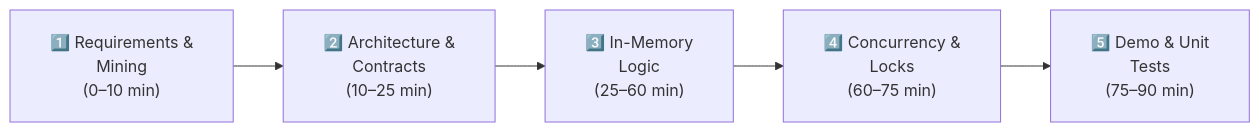
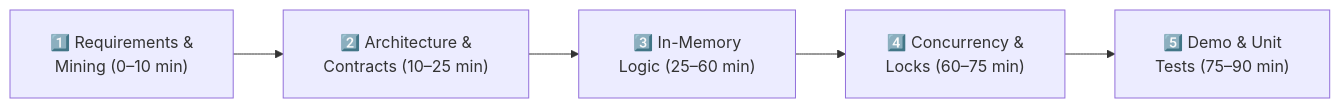
One commit to dip4k/DSA_102 changed the first of 3 diagrams in LLD/00_Core_Concepts/10_Interview_Quick_Reference_and_Checklists.md. Above: the diagram before and after it, drawn with Mermaid. The commit also changed other lines of this file and 50 other files, not shown here.

````diff
--- a/LLD/00_Core_Concepts/10_Interview_Quick_Reference_and_Checklists.md
+++ b/LLD/00_Core_Concepts/10_Interview_Quick_Reference_and_Checklists.md
@@ -23,8 +23,8 @@
 ```mermaid
 %%{init: {"flowchart": {"htmlLabels": true, "padding": 20}, "themeCSS": "foreignObject { overflow: visible !important; }"}}%%
 flowchart LR
-    S1["1️⃣ Requirements &<br/>Mining<br/>(0–10 min)"] --> S2["2️⃣ Architecture &<br/>Contracts<br/>(10–25 min)"]
-    S2 --> S3["3️⃣ In-Memory<br/>Logic<br/>(25–60 min)"]
-    S3 --> S4["4️⃣ Concurrency &<br/>Locks<br/>(60–75 min)"]
-    S4 --> S5["5️⃣ Demo & Unit<br/>Tests<br/>(75–90 min)"]
+    S1["1️⃣ Requirements &<br/>Mining (0–10 min)"] --> S2["2️⃣ Architecture &<br/>Contracts (10–25 min)"]
+    S2 --> S3["3️⃣ In-Memory<br/>Logic (25–60 min)"]
+    S3 --> S4["4️⃣ Concurrency &<br/>Locks (60–75 min)"]
+    S4 --> S5["5️⃣ Demo & Unit<br/>Tests (75–90 min)"]
 ```
````
